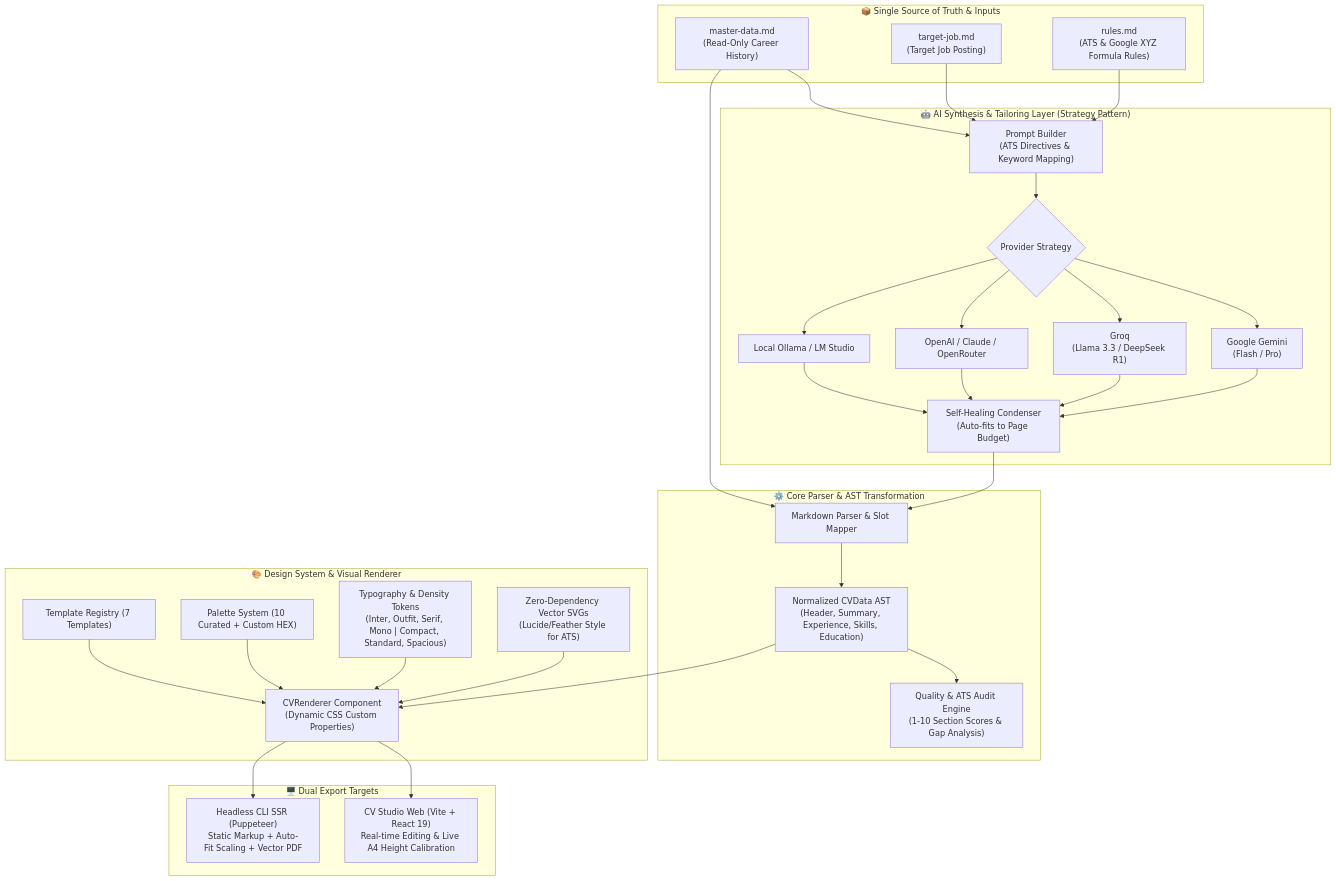
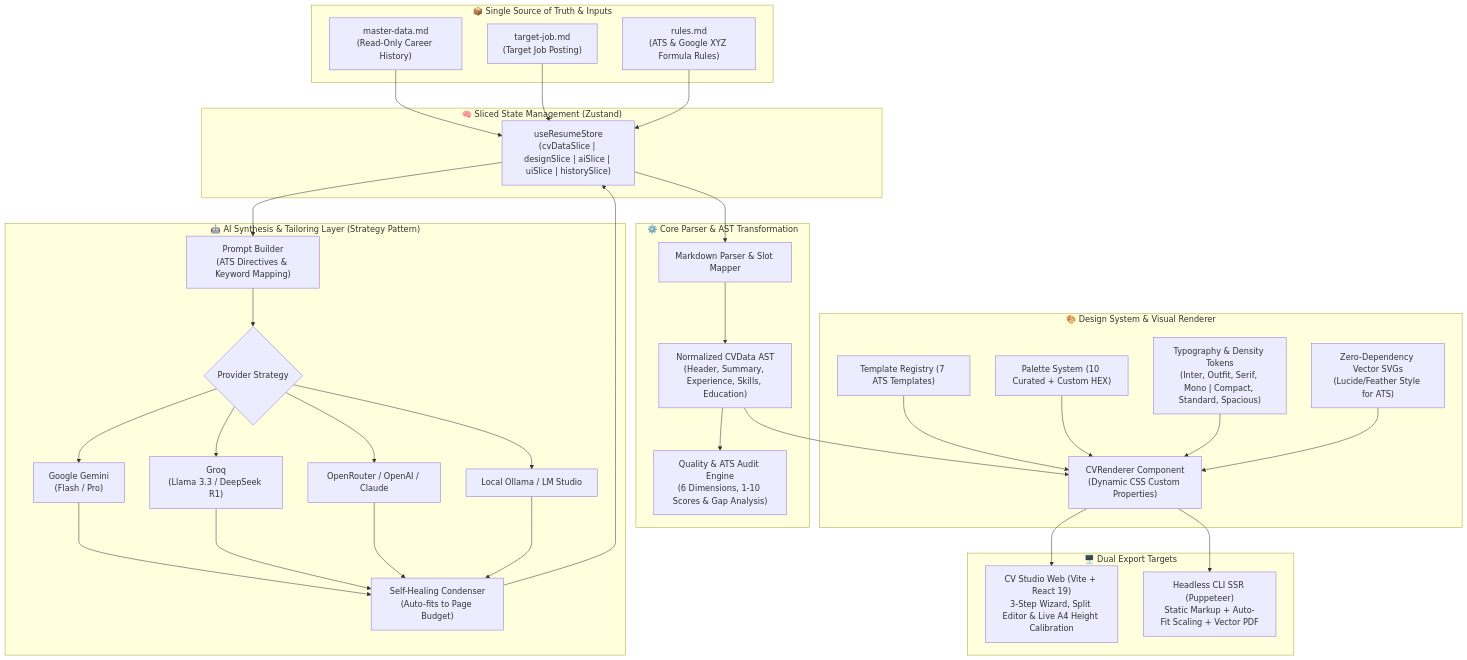
One commit to dann95moz/customs-CVs changed the diagram in README.md. Above: the diagram before and after it, drawn with Mermaid. The commit also changed other lines of this file, not shown here.

Commit message:
docs: update system architecture, directory tree, and studio features documentation

````diff
--- a/README.md
+++ b/README.md
@@ -13,50 +13,55 @@
 ```mermaid
 flowchart TB
     subgraph SSOT["📦 Single Source of Truth & Inputs"]
         MD["master-data.md<br>(Read-Only Career History)"]
         TJ["target-job.md<br>(Target Job Posting)"]
         RL["rules.md<br>(ATS & Google XYZ Formula Rules)"]
     end
 
+    subgraph STATE["🧠 Sliced State Management (Zustand)"]
+        STORE["useResumeStore<br>(cvDataSlice | designSlice | aiSlice | uiSlice | historySlice)"]
+    end
+
     subgraph AI["🤖 AI Synthesis & Tailoring Layer (Strategy Pattern)"]
         PB["Prompt Builder<br>(ATS Directives & Keyword Mapping)"]
         STRAT{"Provider Strategy"}
         GEM["Google Gemini<br>(Flash / Pro)"]
         GROQ["Groq<br>(Llama 3.3 / DeepSeek R1)"]
-        OAI["OpenAI / Claude / OpenRouter"]
+        OAI["OpenRouter / OpenAI / Claude"]
         OLLAMA["Local Ollama / LM Studio"]
         COND["Self-Healing Condenser<br>(Auto-fits to Page Budget)"]
     end
 
     subgraph CORE["⚙️ Core Parser & AST Transformation"]
         PARSER["Markdown Parser & Slot Mapper"]
         CVAST["Normalized CVData AST<br>(Header, Summary, Experience, Skills, Education)"]
-        AUDIT["Quality & ATS Audit Engine<br>(1-10 Section Scores & Gap Analysis)"]
+        AUDIT["Quality & ATS Audit Engine<br>(6 Dimensions, 1-10 Scores & Gap Analysis)"]
     end
 
     subgraph RENDER["🎨 Design System & Visual Renderer"]
-        REGISTRY["Template Registry (7 Templates)"]
+        REGISTRY["Template Registry (7 ATS Templates)"]
         PALETTES["Palette System (10 Curated + Custom HEX)"]
         TYPO["Typography & Density Tokens<br>(Inter, Outfit, Serif, Mono | Compact, Standard, Spacious)"]
         ICONS["Zero-Dependency Vector SVGs<br>(Lucide/Feather Style for ATS)"]
         CVR["CVRenderer Component<br>(Dynamic CSS Custom Properties)"]
     end
 
     subgraph TARGETS["🖥️ Dual Export Targets"]
-        STUDIO["CV Studio Web (Vite + React 19)<br>Real-time Editing & Live A4 Height Calibration"]
+        STUDIO["CV Studio Web (Vite + React 19)<br>3-Step Wizard, Split Editor & Live A4 Height Calibration"]
         PUPPETEER["Headless CLI SSR (Puppeteer)<br>Static Markup + Auto-Fit Scaling + Vector PDF"]
     end
 
-    MD & TJ & RL --> PB
+    MD & TJ & RL --> STORE
+    STORE --> PB
     PB --> STRAT
     STRAT --> GEM & GROQ & OAI & OLLAMA
     GEM & GROQ & OAI & OLLAMA --> COND
-    COND --> PARSER
-    MD --> PARSER
+    COND --> STORE
+    STORE --> PARSER
     PARSER --> CVAST
     CVAST --> AUDIT
     CVAST --> CVR
     REGISTRY & PALETTES & TYPO & ICONS --> CVR
     CVR --> STUDIO
     CVR --> PUPPETEER
 ```
````
